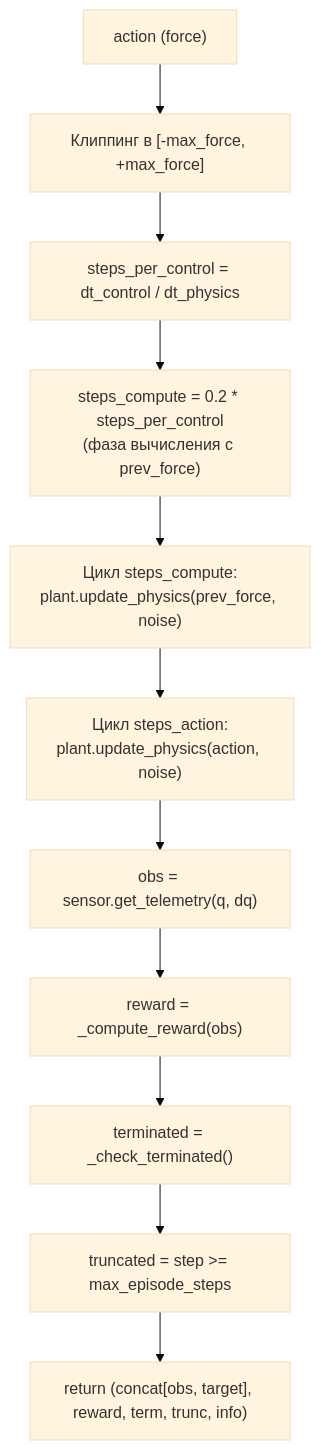
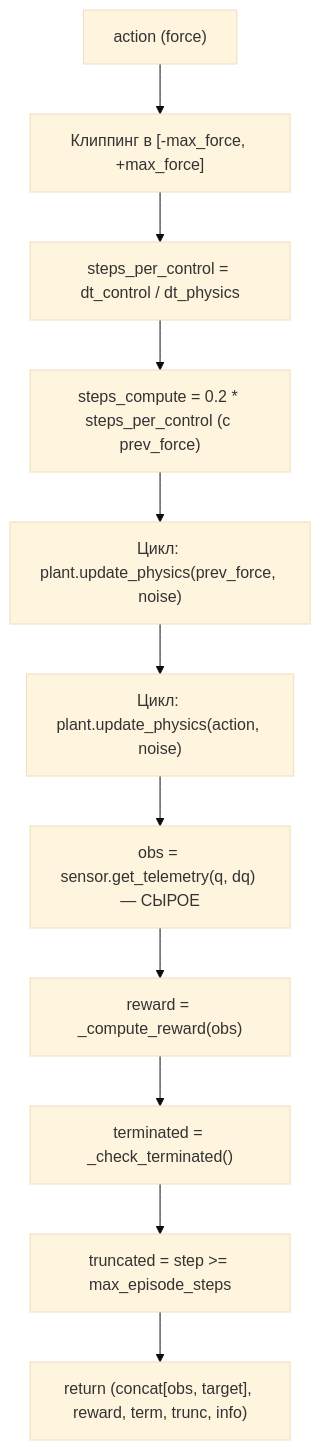
One commit to gshjis/RL_control changed the fifth of 9 diagrams in docs/TECHNICAL_DOCUMENTATION.md. Above: the diagram before and after it, drawn with Mermaid (base theme). The commit also changed other lines of this file and 10 other files, not shown here.

````diff
--- a/docs/TECHNICAL_DOCUMENTATION.md
+++ b/docs/TECHNICAL_DOCUMENTATION.md
@@ -736,13 +479,13 @@
 ```mermaid
 flowchart TD
     A["action (force)"] --> B["Клиппинг в [-max_force, +max_force]"]
     B --> C["steps_per_control = dt_control / dt_physics"]
-    C --> D["steps_compute = 0.2 * steps_per_control<br/>(фаза вычисления с prev_force)"]
-    D --> E["Цикл steps_compute:<br/>plant.update_physics(prev_force, noise)"]
-    E --> F["Цикл steps_action:<br/>plant.update_physics(action, noise)"]
-    F --> G["obs = sensor.get_telemetry(q, dq)"]
+    C --> D["steps_compute = 0.2 * steps_per_control (с prev_force)"]
+    D --> E["Цикл: plant.update_physics(prev_force, noise)"]
+    E --> F["Цикл: plant.update_physics(action, noise)"]
+    F --> G["obs = sensor.get_telemetry(q, dq) — СЫРОЕ"]
     G --> H["reward = _compute_reward(obs)"]
     H --> I["terminated = _check_terminated()"]
     I --> J["truncated = step >= max_episode_steps"]
     J --> K["return (concat[obs, target], reward, term, trunc, info)"]
 ```
````
